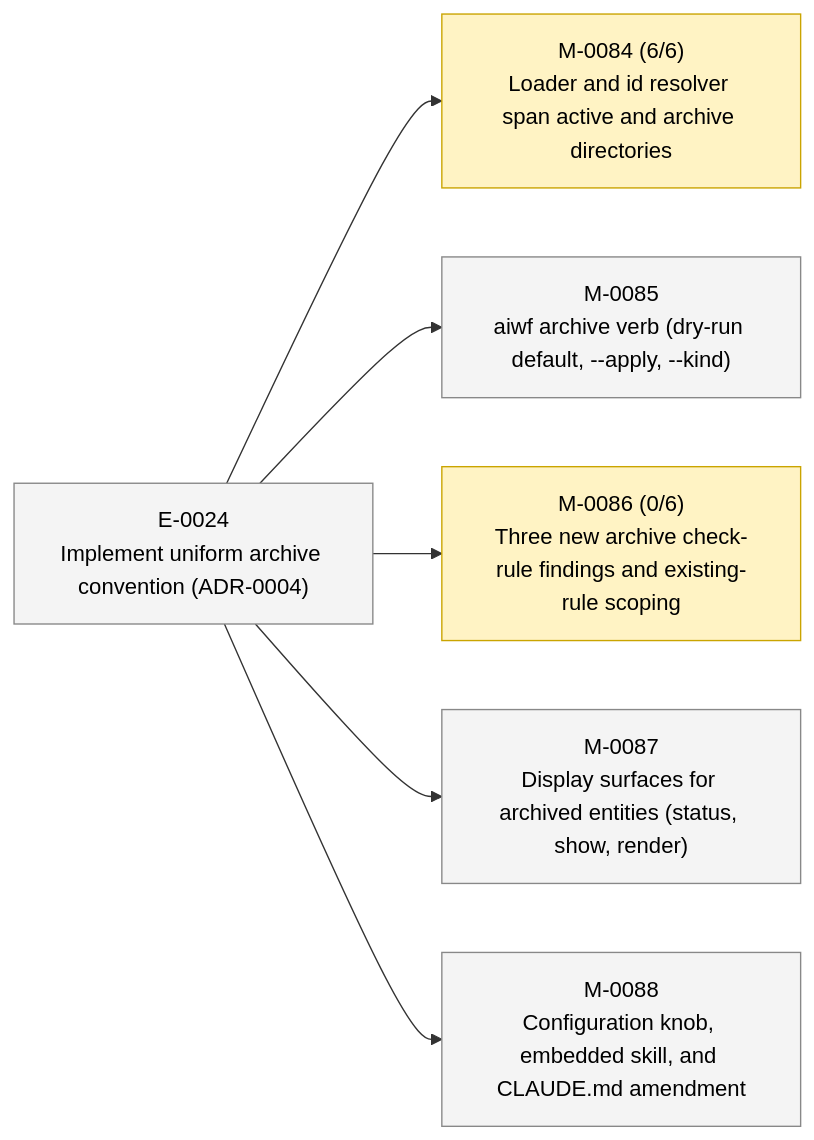
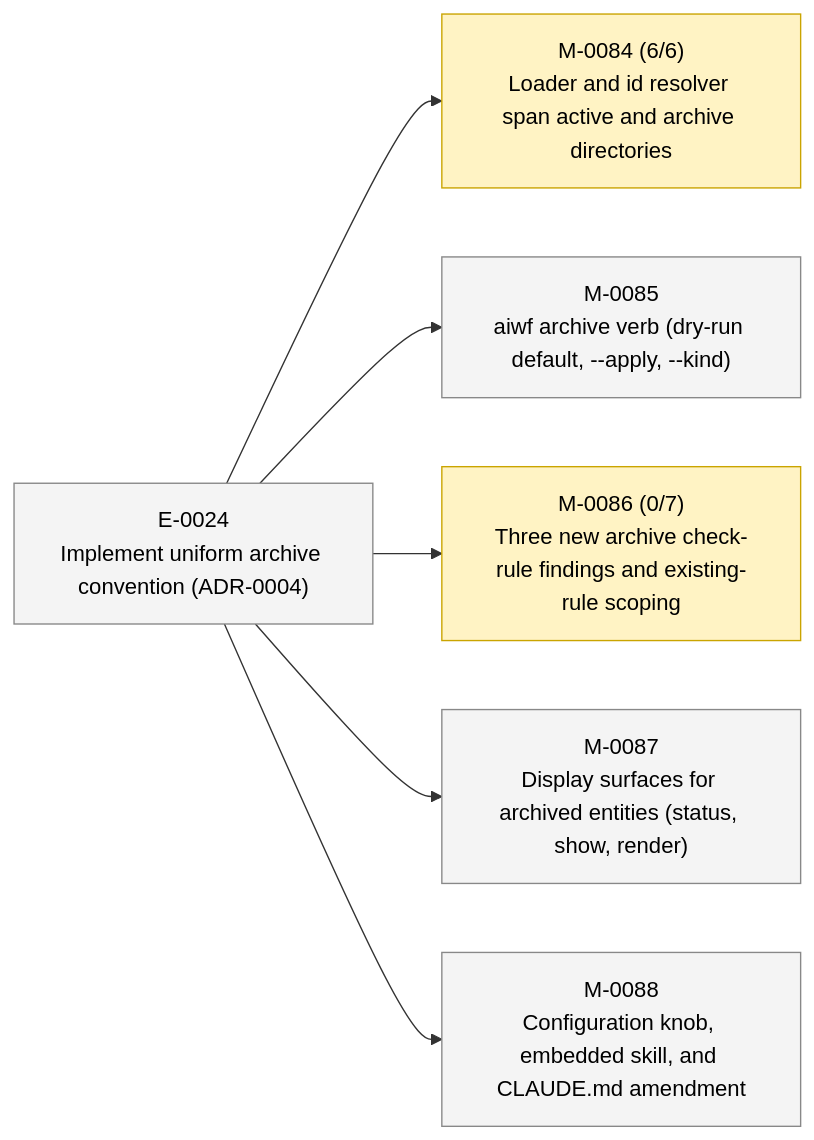
One commit to 23min/aiwf changed the second of 2 diagrams in STATUS.md. Above: the diagram before and after it, drawn with Mermaid. The commit also changed other lines of this file and 1 other file, not shown here.

First line of the commit message:
aiwf add ac M-0086/AC-7 "Recovery: rewidth --apply runs clean on narrow archive without --skip-checks"

````diff
--- a/STATUS.md
+++ b/STATUS.md
@@ -49,20 +49,20 @@
 ```mermaid
 flowchart LR
   E_0024["E-0024<br/>Implement uniform archive convention (ADR-0004)"]:::epic_proposed
   M_0084["M-0084 (6/6)<br/>Loader and id resolver span active and archive directories"]:::ms_in_progress
   E_0024 --> M_0084
   M_0085["M-0085<br/>aiwf archive verb (dry-run default, --apply, --kind)"]:::ms_draft
   E_0024 --> M_0085
-  M_0086["M-0086 (0/6)<br/>Three new archive check-rule findings and existing-rule scoping"]:::ms_in_progress
+  M_0086["M-0086 (0/7)<br/>Three new archive check-rule findings and existing-rule scoping"]:::ms_in_progress
   E_0024 --> M_0086
   M_0087["M-0087<br/>Display surfaces for archived entities (status, show, render)"]:::ms_draft
   E_0024 --> M_0087
   M_0088["M-0088<br/>Configuration knob, embedded skill, and CLAUDE.md amendment"]:::ms_draft
   E_0024 --> M_0088
   classDef epic_active fill:#d6eaff,stroke:#1a73e8,color:#000
   classDef epic_proposed fill:#f4f4f4,stroke:#888,color:#000
   classDef ms_done fill:#d8f5d8,stroke:#2a8a2a,color:#000
   classDef ms_in_progress fill:#fff3c4,stroke:#caa400,color:#000
   classDef ms_draft fill:#f4f4f4,stroke:#888,color:#000
   classDef ms_cancelled fill:#fbeaea,stroke:#c33,color:#000
 ```
````
